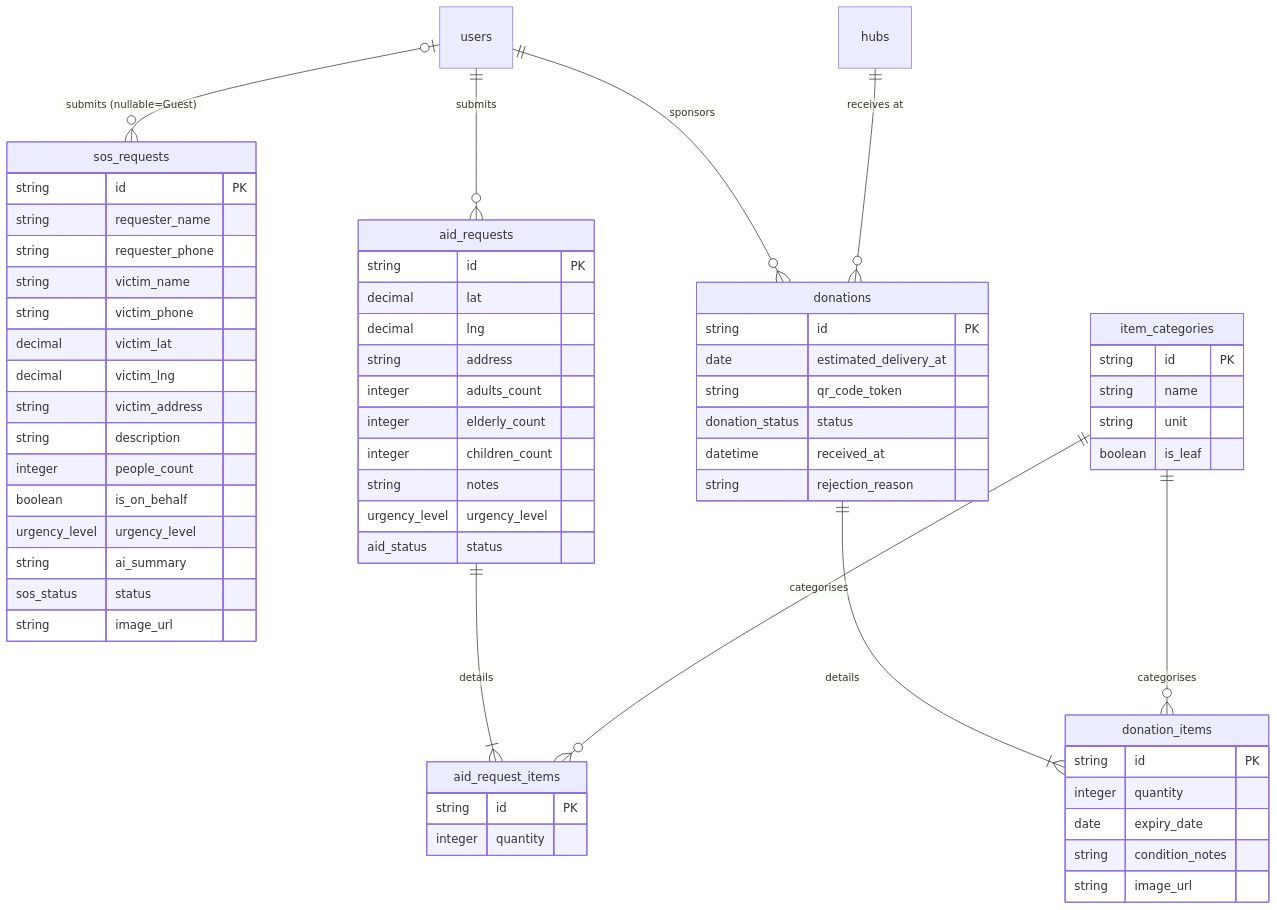
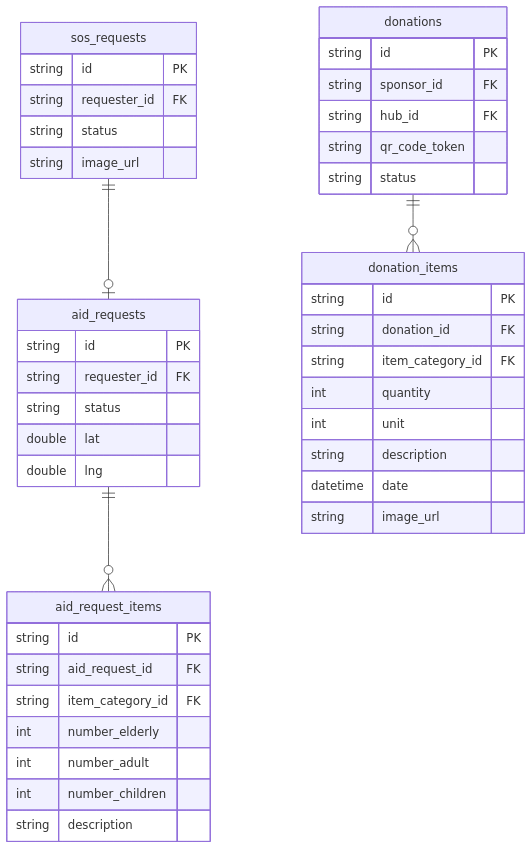
One commit to phatnguyen975/AidBridge changed the fourth of 6 diagrams in docs/database/md/erd.md. Above: the diagram before and after it, drawn with Mermaid. The commit also changed other lines of this file and 11 other files, not shown here.

Commit message:
chores: update erd

````diff
--- a/docs/database/md/erd.md
+++ b/docs/database/md/erd.md
@@ -459,71 +455,46 @@
 ```mermaid
 erDiagram
     sos_requests {
         string id PK
-        string requester_name
-        string requester_phone
-        string victim_name
-        string victim_phone
-        decimal victim_lat
-        decimal victim_lng
-        string victim_address
+        string requester_id FK
+        string status
+        string image_url
+    }
+    aid_requests {
+        string id PK
+        string requester_id FK
+        string status
+        double lat
+        double lng
+    }
+    aid_request_items {
+        string id PK
+        string aid_request_id FK
+        string item_category_id FK
+        int number_elderly
+        int number_adult
+        int number_children
         string description
-        integer people_count
-        boolean is_on_behalf
-        urgency_level urgency_level
-        string ai_summary
-        sos_status status
+    }
+    donations {
+        string id PK
+        string sponsor_id FK
+        string hub_id FK
+        string qr_code_token
+        string status
+    }
+    donation_items {
+        string id PK
+        string donation_id FK
+        string item_category_id FK
+        int quantity
+        int unit
+        string description
+        datetime date
         string image_url
     }
 
-    aid_requests {
-        string id PK
-        decimal lat
-        decimal lng
-        string address
-        integer adults_count
-        integer elderly_count
-        integer children_count
-        string notes
-        urgency_level urgency_level
-        aid_status status
-    }
-
-    aid_request_items {
-        string id PK
-        integer quantity
-    }
-
-    donations {
-        string id PK
-        date estimated_delivery_at
-        string qr_code_token
-        donation_status status
-        datetime received_at
-        string rejection_reason
-    }
-
-    donation_items {
-        string id PK
-        integer quantity
-        date expiry_date
-        string condition_notes
-        string image_url
-    }
-
-    item_categories {
-        string id PK
-        string name
-        string unit
-        boolean is_leaf
-    }
-
-    users           o|--o{ sos_requests      : "submits (nullable=Guest)"
-    users           ||--o{ aid_requests       : "submits"
-    aid_requests    ||--|{ aid_request_items  : "details"
-    item_categories ||--o{ aid_request_items  : "categorises"
-    users           ||--o{ donations          : "sponsors"
-    hubs            ||--o{ donations          : "receives at"
-    donations       ||--|{ donation_items     : "details"
-    item_categories ||--o{ donation_items     : "categorises"
+    sos_requests ||--o| aid_requests : ""
+    aid_requests ||--o{ aid_request_items : ""
+    donations ||--o{ donation_items : ""
 ```
````
